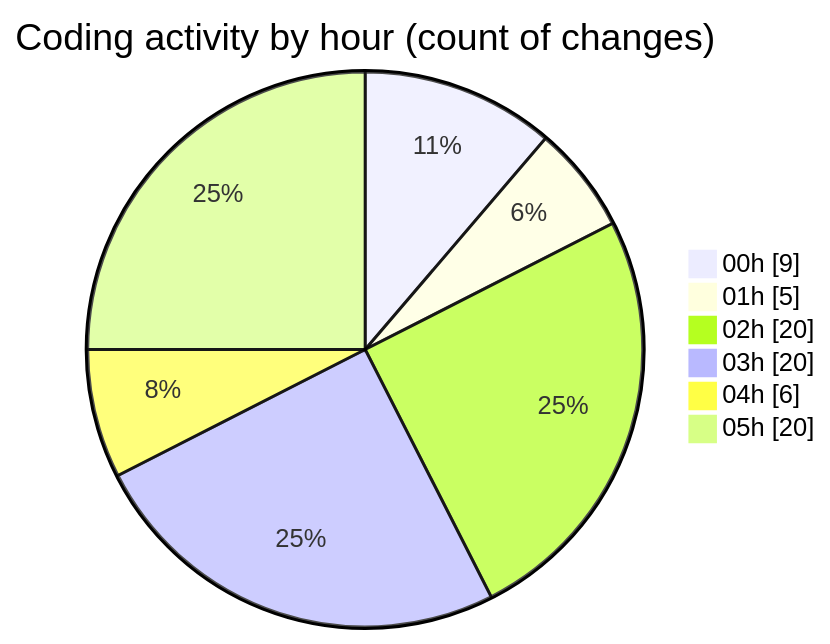
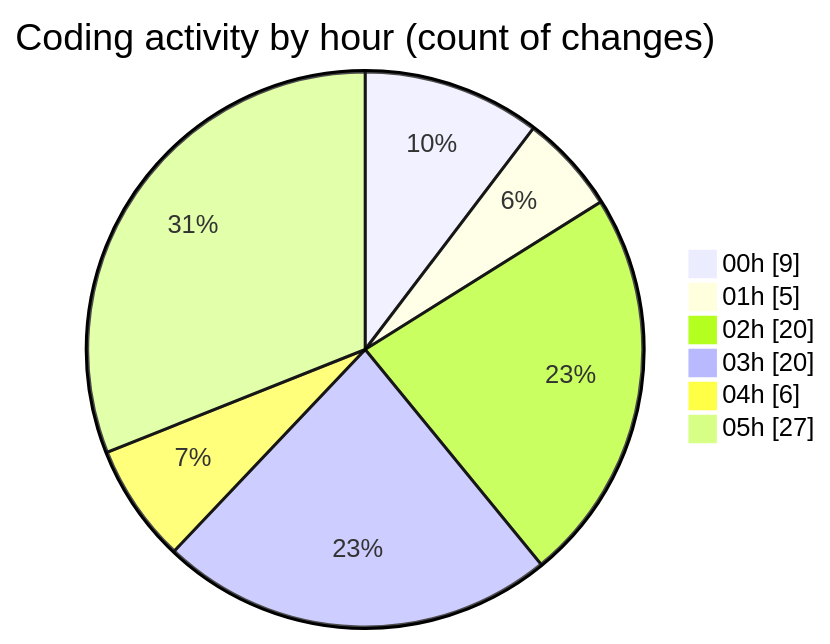
One commit to lephambinh05/code-tracking changed the second of 2 diagrams in 2025-08-05/studybuddy/README.md. Above: the diagram before and after it, drawn with Mermaid. The commit also changed other lines of this file and 1 other file, not shown here.

````diff
--- a/2025-08-05/studybuddy/README.md
+++ b/2025-08-05/studybuddy/README.md
@@ -53,10 +55,10 @@
 ```mermaid
 pie showData
 title Coding activity by hour (count of changes)
 "00h" : 9
 "01h" : 5
 "02h" : 20
 "03h" : 20
 "04h" : 6
-"05h" : 20
+"05h" : 27
 ```
````
